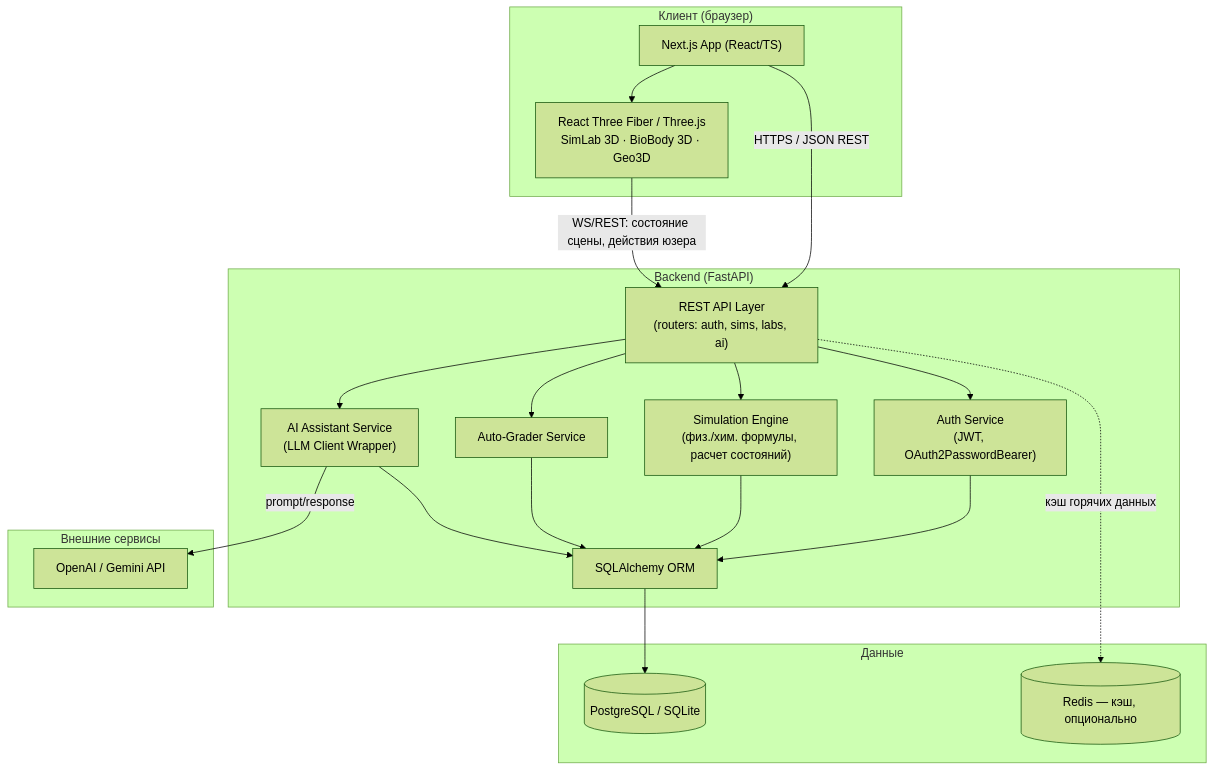
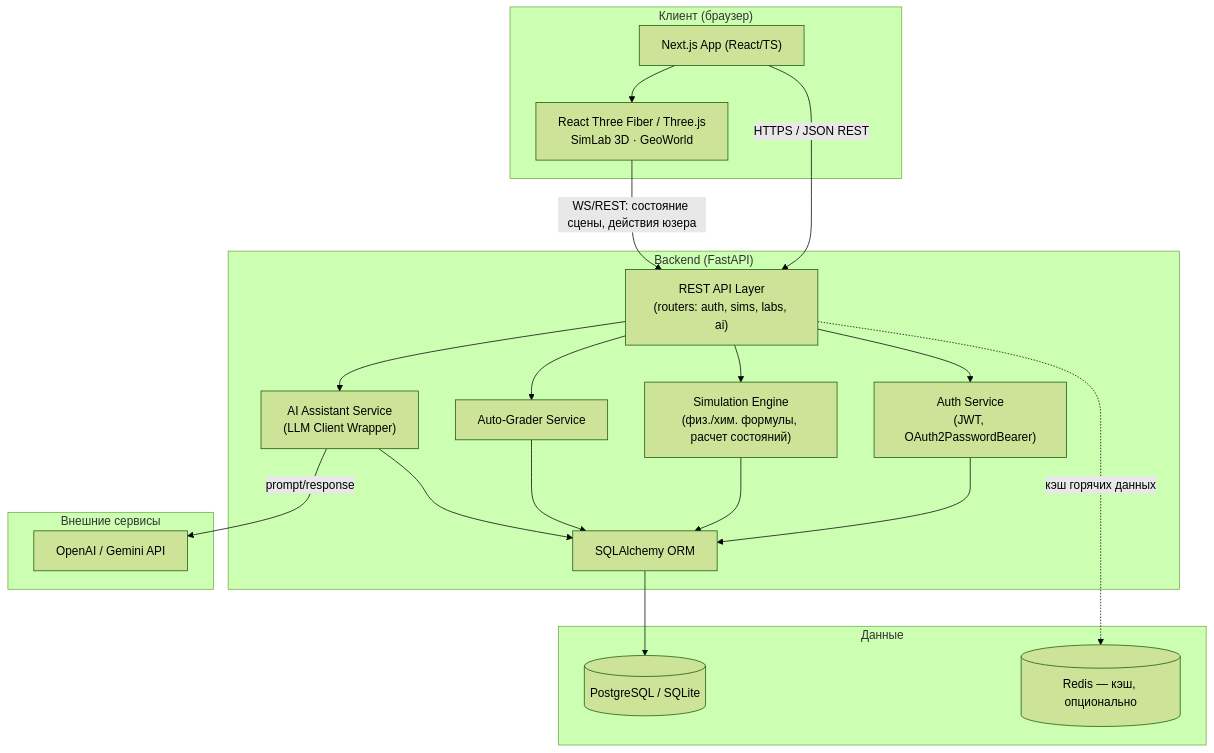
The first of 2 diagrams in PROJECT_PLAN.md (sodatovruslan/EduMind-3D), drawn with Mermaid (forest theme) before and after one commit. The commit also changed other lines of this file and 25 other files, not shown here.

````diff
--- a/PROJECT_PLAN.md
+++ b/PROJECT_PLAN.md
@@ -32,40 +48,40 @@
 ```mermaid
 flowchart TB
     subgraph Client["Клиент (браузер)"]
         UI["Next.js App (React/TS)"]
-        R3F["React Three Fiber / Three.js<br/>SimLab 3D · BioBody 3D · Geo3D"]
+        R3F["React Three Fiber / Three.js<br/>SimLab 3D · GeoWorld"]
         UI --> R3F
     end
 
     subgraph Backend["Backend (FastAPI)"]
         API["REST API Layer<br/>(routers: auth, sims, labs, ai)"]
         AUTH["Auth Service<br/>(JWT, OAuth2PasswordBearer)"]
         SIM["Simulation Engine<br/>(физ./хим. формулы, расчет состояний)"]
         GRADER["Auto-Grader Service"]
         AI["AI Assistant Service<br/>(LLM Client Wrapper)"]
         ORM["SQLAlchemy ORM"]
     end
 
     subgraph Data["Данные"]
         DB[(PostgreSQL / SQLite)]
         CACHE[(Redis — кэш, опционально)]
     end
 
     subgraph External["Внешние сервисы"]
         LLM["OpenAI / Gemini API"]
     end
 
     UI -- "HTTPS / JSON REST" --> API
     R3F -- "WS/REST: состояние сцены, действия юзера" --> API
     API --> AUTH
     API --> SIM
     API --> GRADER
     API --> AI
     AUTH --> ORM
     SIM --> ORM
     GRADER --> ORM
     AI --> ORM
     AI -- "prompt/response" --> LLM
     ORM --> DB
     API -.кэш горячих данных.-> CACHE
 ```
````
